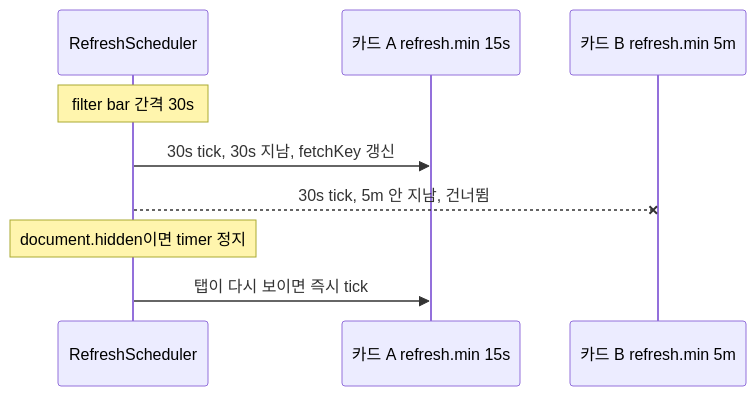
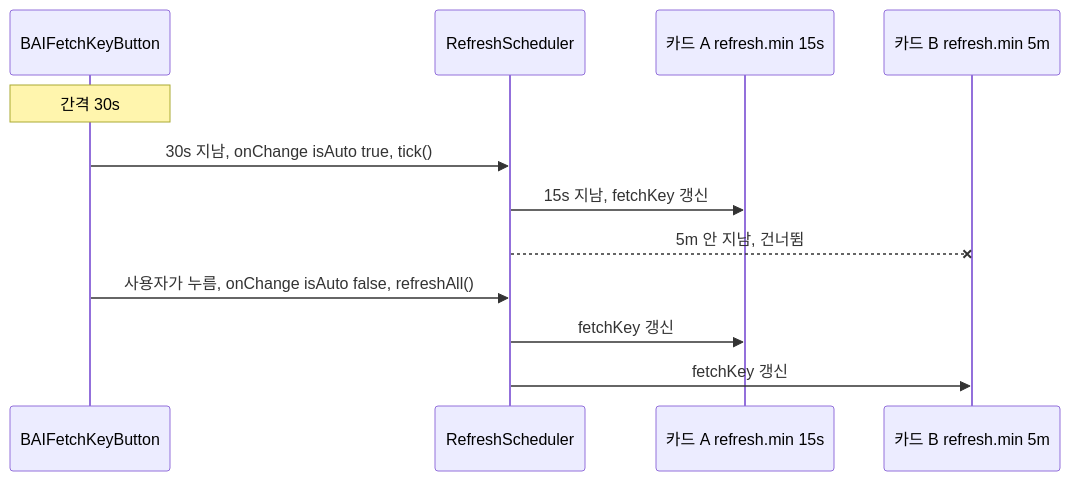
The second of 2 diagrams in docs/adr/0015-dashboard-filter-bar.md (lablup/backend.ai-webui), drawn with Mermaid before and after one commit. The commit also changed other lines of this file and 48 other files, not shown here.

````diff
--- a/docs/adr/0015-dashboard-filter-bar.md
+++ b/docs/adr/0015-dashboard-filter-bar.md
@@ -48,11 +44,14 @@
 ```mermaid
 sequenceDiagram
+  participant C as BAIFetchKeyButton
   participant T as RefreshScheduler
   participant A as 카드 A refresh.min 15s
   participant B as 카드 B refresh.min 5m
-  Note over T: filter bar 간격 30s
-  T->>A: 30s tick, 30s 지남, fetchKey 갱신
-  T--xB: 30s tick, 5m 안 지남, 건너뜀
-  Note over T: document.hidden이면 timer 정지
-  T->>A: 탭이 다시 보이면 즉시 tick
+  Note over C: 간격 30s
+  C->>T: 30s 지남, onChange isAuto true, tick()
+  T->>A: 15s 지남, fetchKey 갱신
+  T--xB: 5m 안 지남, 건너뜀
+  C->>T: 사용자가 누름, onChange isAuto false, refreshAll()
+  T->>A: fetchKey 갱신
+  T->>B: fetchKey 갱신
 ```
````
